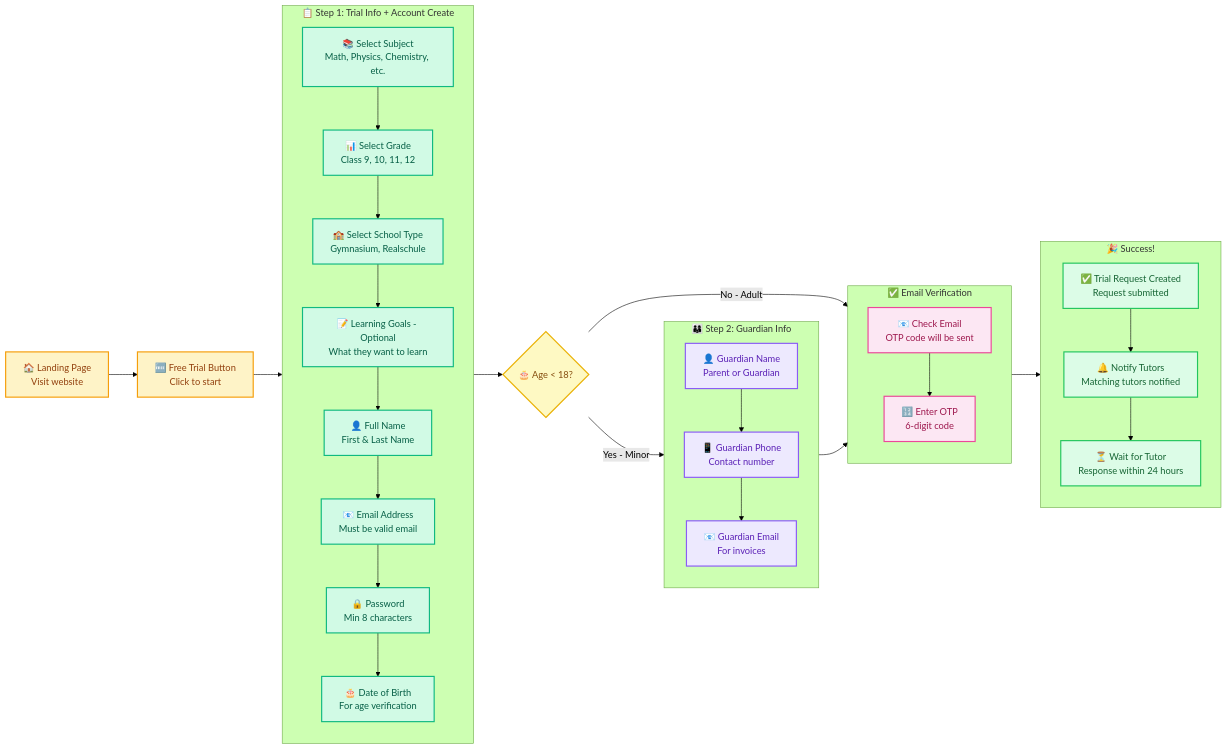
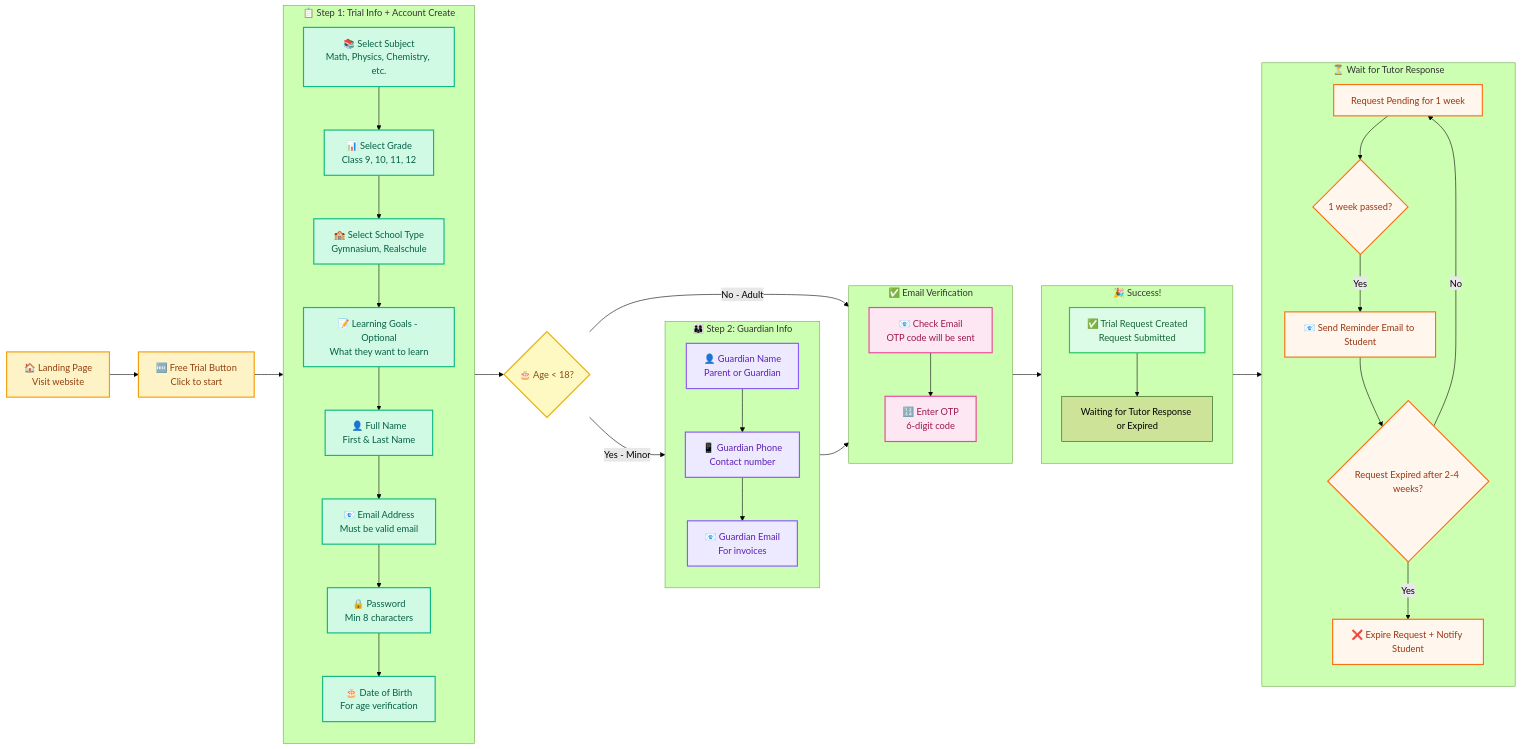
The fourth of 51 diagrams in doc/USER-JOURNEYS.md (KhaledAhmed2004/lms-mackteplace), drawn with Mermaid (forest theme) before and after one commit. The commit also changed other lines of this file and 4 other files, not shown here.

````diff
--- a/doc/USER-JOURNEYS.md
+++ b/doc/USER-JOURNEYS.md
@@ -293,54 +293,65 @@
 ```mermaid
 flowchart LR
     A[🏠 Landing Page<br/>Visit website] --> B[🆓 Free Trial Button<br/>Click to start]
 
     subgraph Step1[📋 Step 1: Trial Info + Account Create]
         direction TB
         C1[📚 Select Subject<br/>Math, Physics, Chemistry, etc.] --> C2[📊 Select Grade<br/>Class 9, 10, 11, 12]
         C2 --> C3[🏫 Select School Type<br/>Gymnasium, Realschule]
         C3 --> C4[📝 Learning Goals - Optional<br/>What they want to learn]
         C4 --> D1[👤 Full Name<br/>First & Last Name]
         D1 --> D2[📧 Email Address<br/>Must be valid email]
         D2 --> D3[🔒 Password<br/>Min 8 characters]
         D3 --> D4[🎂 Date of Birth<br/>For age verification]
     end
 
     subgraph Step2[👨‍👩‍👦 Step 2: Guardian Info]
         direction TB
         F1[👤 Guardian Name<br/>Parent or Guardian] --> F2[📱 Guardian Phone<br/>Contact number]
         F2 --> F3[📧 Guardian Email<br/>For invoices]
     end
 
     subgraph Verify[✅ Email Verification]
         direction TB
         G[📧 Check Email<br/>OTP code will be sent] --> G1[🔢 Enter OTP<br/>6-digit code]
     end
 
+    subgraph PendingTutor[⏳ Wait for Tutor Response]
+        direction TB
+        I1[Request Pending for 1 week ] --> I2{1 week passed?}
+        I2 -->|Yes| I3[📧 Send Reminder Email to Student]
+        I3 --> I4{Request Expired after 2-4 weeks?}
+        I4 -->|Yes| I5[❌ Expire Request + Notify Student]
+        I4 -->|No| I1
+    end
+
     subgraph Success[🎉 Success!]
         direction TB
-        H[✅ Trial Request Created<br/>Request submitted] --> I[🔔 Notify Tutors<br/>Matching tutors notified]
-        I --> J[⏳ Wait for Tutor<br/>Response within 24 hours]
+        H[✅ Trial Request Created<br/>Request Submitted] --> I[Waiting for Tutor Response or Expired]
     end
 
     B --> Step1
     Step1 --> E{🎂 Age < 18?}
     E -->|Yes - Minor| Step2
     E -->|No - Adult| Verify
     Step2 --> Verify
-    Verify --> Success
+    Verify --> H
+    H --> PendingTutor
 
     %% Colors
     classDef startStyle fill:#fef3c7,stroke:#f59e0b,stroke-width:2px,color:#92400e
     classDef step1Style fill:#d1fae5,stroke:#10b981,stroke-width:2px,color:#065f46
     classDef step2Style fill:#ede9fe,stroke:#8b5cf6,stroke-width:2px,color:#5b21b6
     classDef verifyStyle fill:#fce7f3,stroke:#ec4899,stroke-width:2px,color:#9d174d
     classDef successStyle fill:#dcfce7,stroke:#22c55e,stroke-width:2px,color:#166534
     classDef decisionStyle fill:#fef9c3,stroke:#eab308,stroke-width:2px,color:#854d0e
+    classDef pendingStyle fill:#fff7ed,stroke:#f97316,stroke-width:2px,color:#9a3412
 
     class A,B startStyle
     class C1,C2,C3,C4,D1,D2,D3,D4 step1Style
     class F1,F2,F3 step2Style
     class G,G1 verifyStyle
-    class H,I,J successStyle
+    class H successStyle
     class E decisionStyle
+    class I1,I2,I3,I4,I5 pendingStyle
 ```
````
